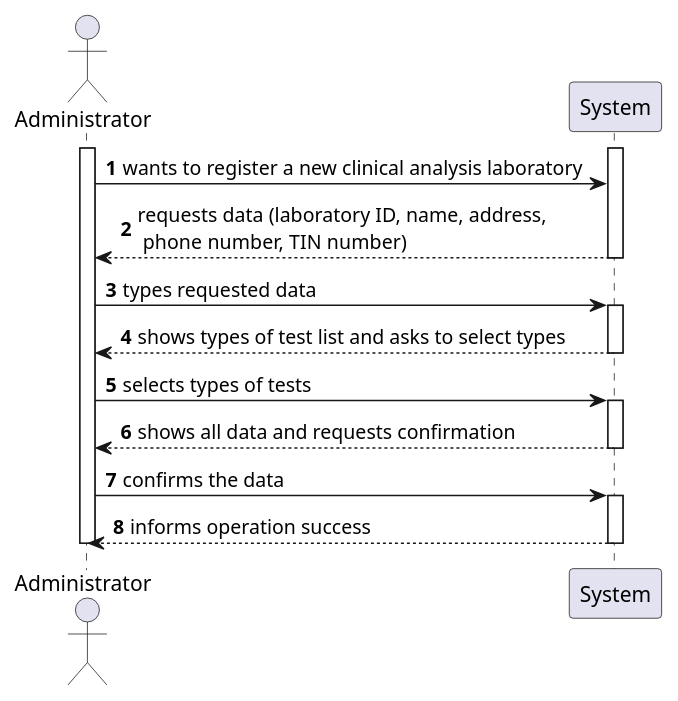
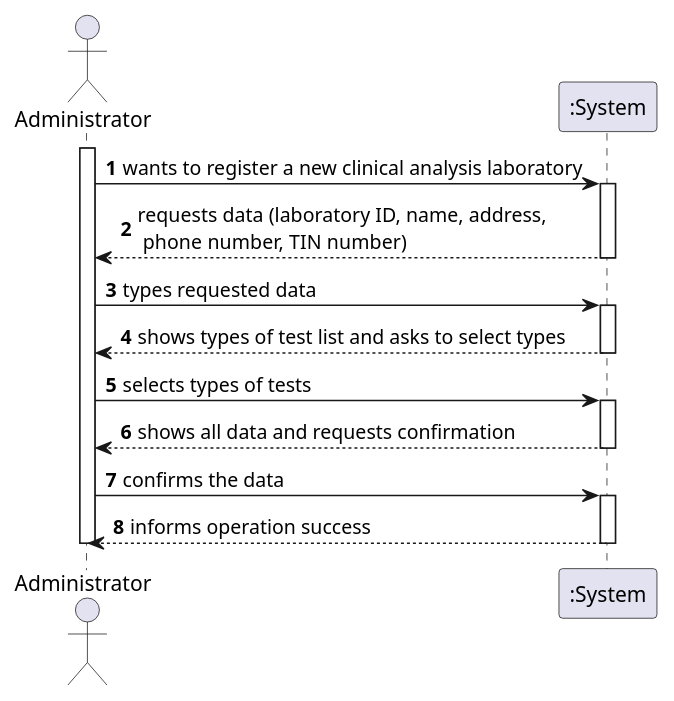
The diagram in docs/SprintB/US08/US8_SSD.puml (MarianaCLages/LAPR2), drawn with PlantUML before and after one commit. The commit also changed 3 other files, not shown here.

```diff
--- a/docs/SprintB/US08/US8_SSD.puml
+++ b/docs/SprintB/US08/US8_SSD.puml
@@ -1,24 +1,24 @@
 @startuml
 
 autonumber
 actor Administrator as A
-participant "System" as S
+participant ":System" as S
 activate A
+A -> S: wants to register a new clinical analysis laboratory
 activate S
-A -> S: wants to register a new clinical analysis laboratory
 S --> A: requests data (laboratory ID, name, address,\n phone number, TIN number)
 deactivate S
 A -> S: types requested data
 activate S
 S --> A: shows types of test list and asks to select types
 deactivate S
 A -> S: selects types of tests
 activate S
 S --> A: shows all data and requests confirmation
 deactivate S
 A -> S: confirms the data
 activate S
 S --> A: informs operation success
 deactivate S
 deactivate A
 @enduml
```
